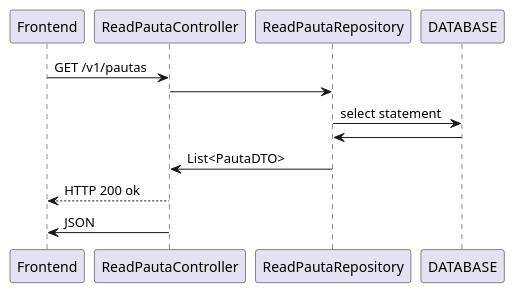
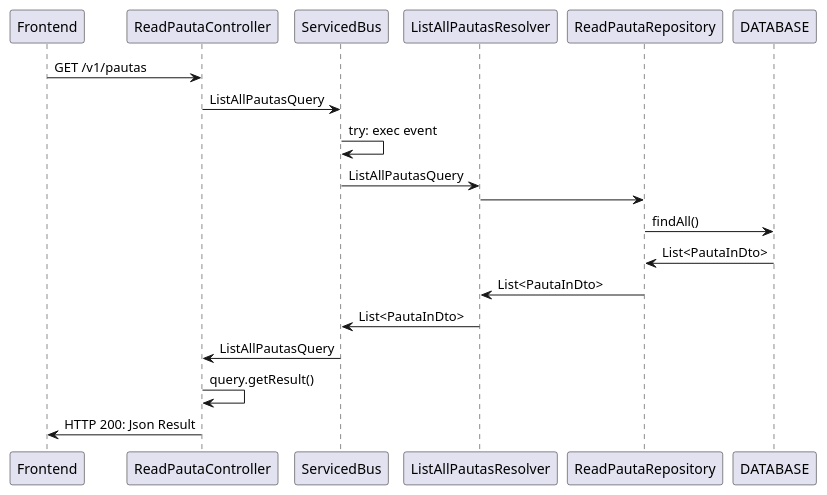
Before and after one commit to edilsonnascimento/assembleiaCooperados: the diagram in src/01-read-list-all-pautas.puml, drawn with PlantUML. The commit also changed 1 other file, not shown here.

```diff
--- a/src/01-read-list-all-pautas.puml
+++ b/src/01-read-list-all-pautas.puml
@@ -1,9 +1,14 @@
 @startuml
 Frontend -> ReadPautaController: GET /v1/pautas
-ReadPautaController -> ReadPautaRepository
-ReadPautaRepository -> DATABASE: select statement
-DATABASE -> ReadPautaRepository
-ReadPautaRepository -> ReadPautaController: List<PautaDTO>
-ReadPautaController --> Frontend: HTTP 200 ok
-ReadPautaController -> Frontend: JSON
+ReadPautaController -> ServicedBus: ListAllPautasQuery
+ServicedBus -> ServicedBus : try: exec event
+ServicedBus -> ListAllPautasResolver: ListAllPautasQuery
+ListAllPautasResolver -> ReadPautaRepository
+ReadPautaRepository -> DATABASE: findAll()
+DATABASE -> ReadPautaRepository: List<PautaInDto>
+ReadPautaRepository -> ListAllPautasResolver: List<PautaInDto>
+ListAllPautasResolver -> ServicedBus: List<PautaInDto>
+ServicedBus -> ReadPautaController: ListAllPautasQuery
+ReadPautaController -> ReadPautaController: query.getResult()
+ReadPautaController -> Frontend: HTTP 200: Json Result
 @enduml
```
